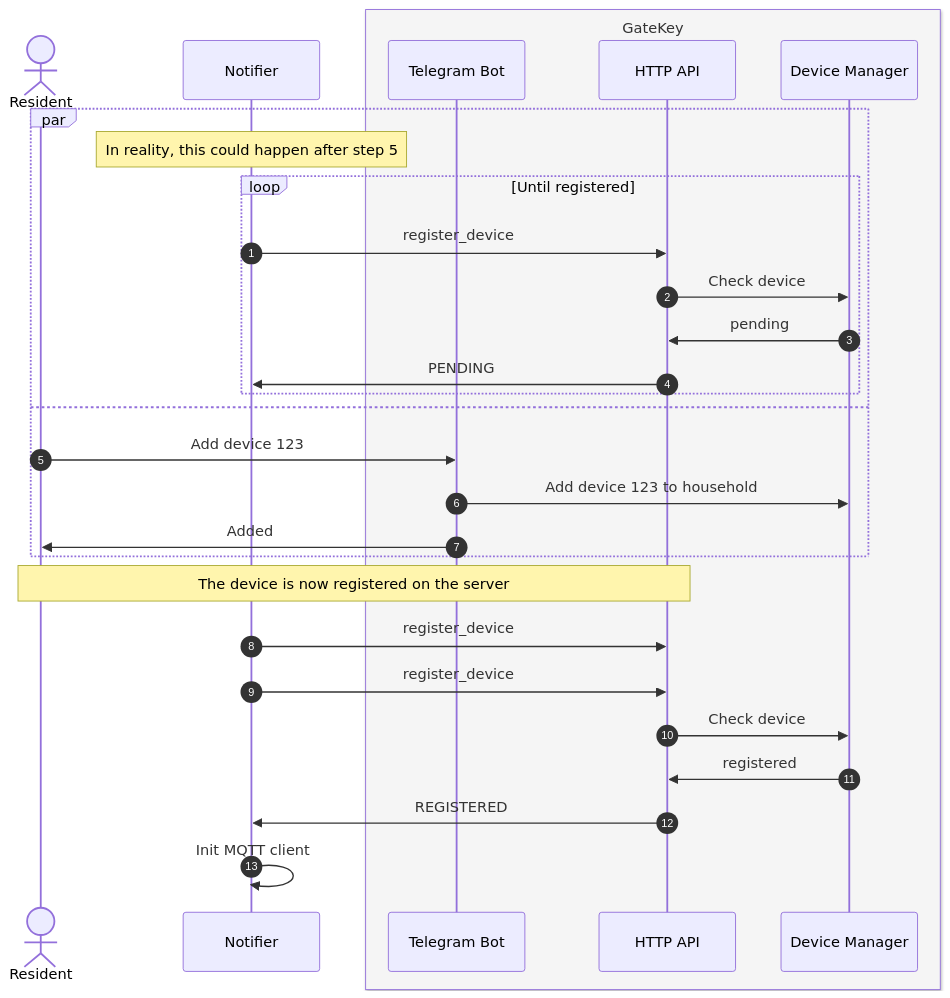
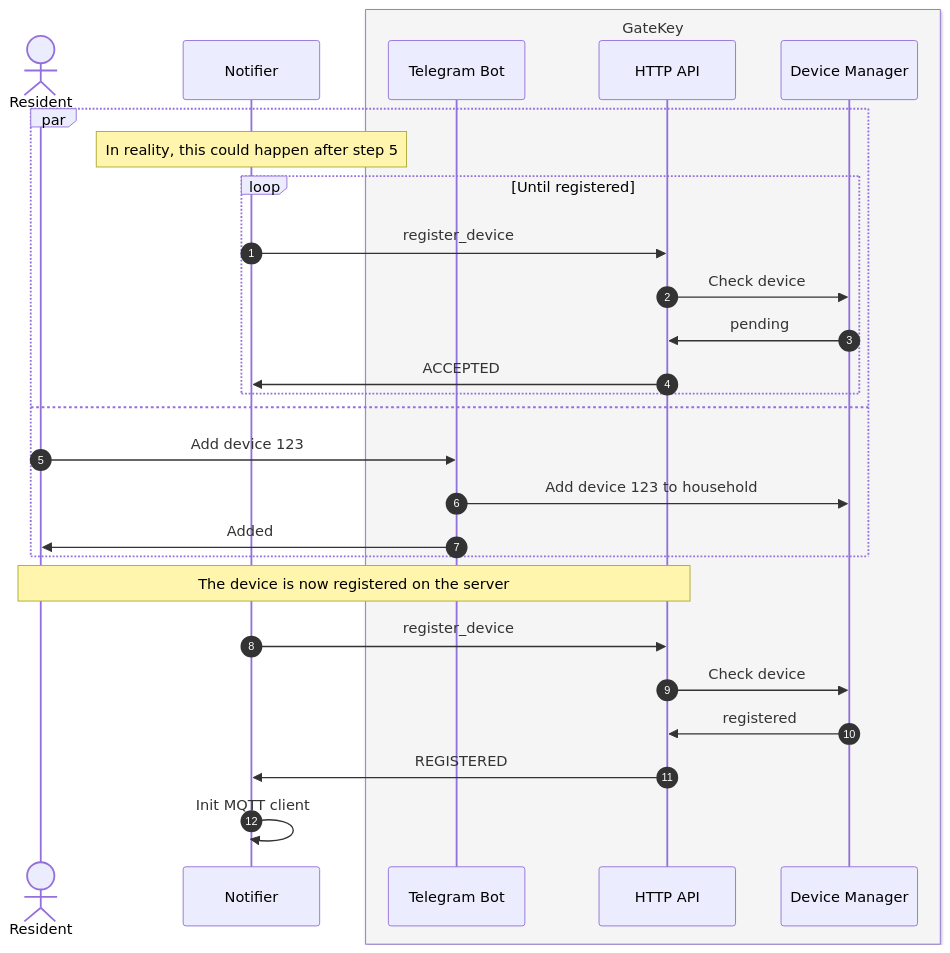
Before and after one commit to BrydonLeonard/brydonleonard.github.io: the diagram in assets/images/gate-key-notifier/mermaid/registration.md, drawn with Mermaid. The commit also changed 4 other files, not shown here.

Commit message:
Fix registration sequence diagram for notifier post

````diff
--- a/assets/images/gate-key-notifier/mermaid/registration.md
+++ b/assets/images/gate-key-notifier/mermaid/registration.md
@@ -3,31 +3,30 @@
 ```mermaid
 sequenceDiagram
     autonumber
     actor Resident
     participant Notifier
     box rgb(245, 245, 245) GateKey
         participant Telegram Bot
         participant HTTP API
         participant Device Manager
     end
     par
         note over Notifier: In reality, this could happen after step 5
         loop Until registered
             Notifier ->> HTTP API: register_device
             HTTP API ->> Device Manager: Check device
             Device Manager ->> HTTP API: pending
-            HTTP API ->> Notifier: PENDING
+            HTTP API ->> Notifier: ACCEPTED
         end
     and
         Resident ->> Telegram Bot: Add device 123
         Telegram Bot ->> Device Manager: Add device 123 to household
         Telegram Bot ->> Resident: Added
     end
     note over Resident,HTTP API: The device is now registered on the server
     Notifier ->> HTTP API: register_device
-    Notifier ->> HTTP API: register_device
     HTTP API ->> Device Manager: Check device
     Device Manager ->> HTTP API: registered
     HTTP API ->> Notifier: REGISTERED
     Notifier ->> Notifier: Init MQTT client
 ```
````
